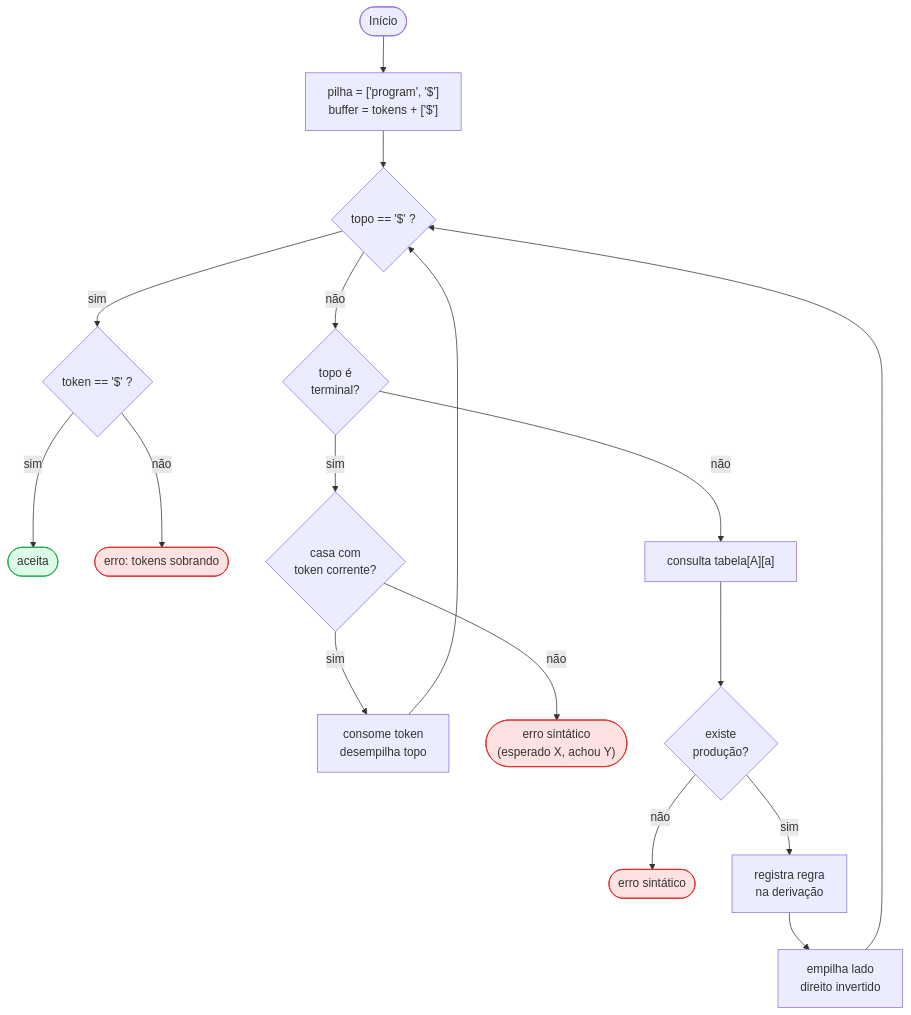
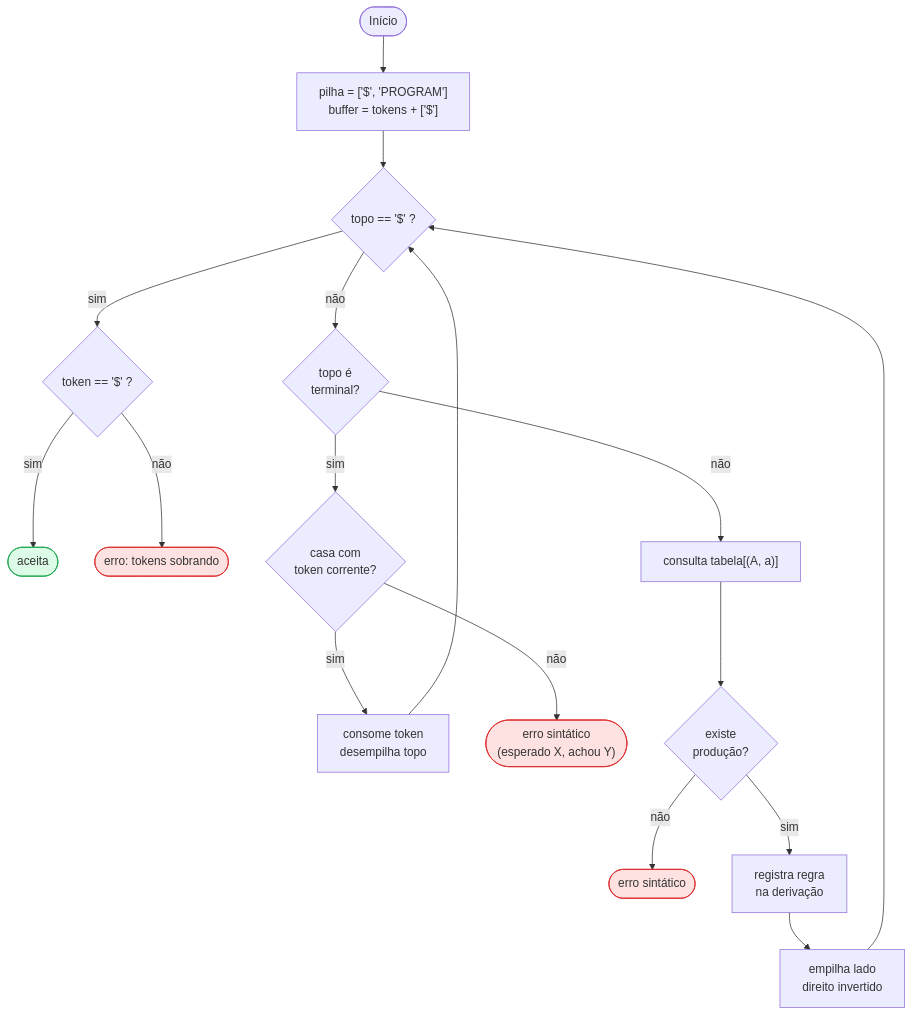
The fourth of 12 diagrams in docs/diagramas.md (Tuizones/RA2_9), drawn with Mermaid before and after one commit. The commit also changed other lines of this file and 6 other files, not shown here.

Commit message:
Diagramas do novo fluxo

````diff
--- a/docs/diagramas.md
+++ b/docs/diagramas.md
@@ -103,24 +106,24 @@
 ```mermaid
 flowchart TD
-    A([Início]) --> B["pilha = ['program', '$']<br/>buffer = tokens + ['$']"]
+    A([Início]) --> B["pilha = ['$', 'PROGRAM']<br/>buffer = tokens + ['$']"]
     B --> C{"topo == '$' ?"}
     C -- sim --> D{"token == '$' ?"}
     D -- sim --> OK([aceita])
     D -- não --> E1(["erro: tokens sobrando"])
     C -- não --> F{"topo é<br/>terminal?"}
     F -- sim --> G{"casa com<br/>token corrente?"}
     G -- sim --> H["consome token<br/>desempilha topo"]
     H --> C
     G -- não --> E2(["erro sintático<br/>(esperado X, achou Y)"])
-    F -- não --> I["consulta tabela[A][a]"]
+    F -- não --> I["consulta tabela[(A, a)]"]
     I --> J{"existe<br/>produção?"}
     J -- não --> E3(["erro sintático"])
     J -- sim --> K["registra regra<br/>na derivação"]
     K --> L["empilha lado<br/>direito invertido"]
     L --> C
 
     classDef err fill:#fee2e2,stroke:#dc2626
     classDef ok  fill:#dcfce7,stroke:#16a34a
     class E1,E2,E3 err
     class OK ok
 ```
````
